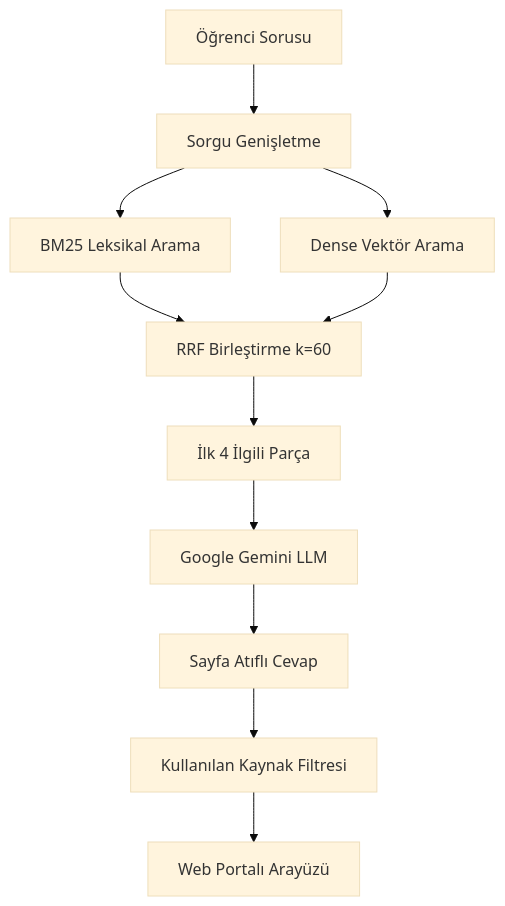
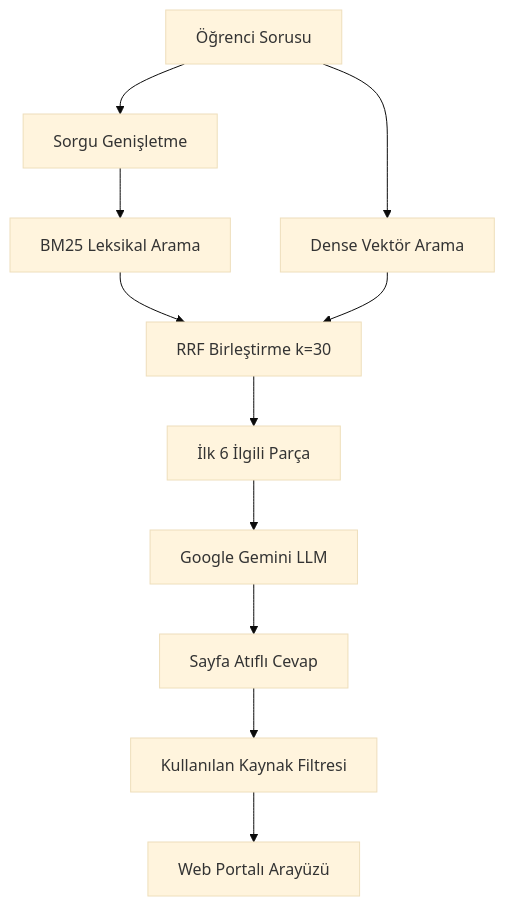
The diagram in README.md (erimlers/kayu-rag), drawn with Mermaid (base theme) before and after one commit. The commit also changed other lines of this file and 8 other files, not shown here.

````diff
--- a/README.md
+++ b/README.md
@@ -55,17 +55,17 @@
 ```mermaid
 flowchart TD
     A[Öğrenci Sorusu] --> B[Sorgu Genişletme]
     
     B --> C[BM25 Leksikal Arama]
-    B --> D[Dense Vektör Arama]
+    A --> D[Dense Vektör Arama]
     
-    C --> E[RRF Birleştirme k=60]
+    C --> E[RRF Birleştirme k=30]
     D --> E
     
-    E --> F[İlk 4 İlgili Parça]
+    E --> F[İlk 6 İlgili Parça]
     F --> G[Google Gemini LLM]
     
     G --> H[Sayfa Atıflı Cevap]
     H --> I[Kullanılan Kaynak Filtresi]
     I --> J[Web Portalı Arayüzü]
 ```
````
